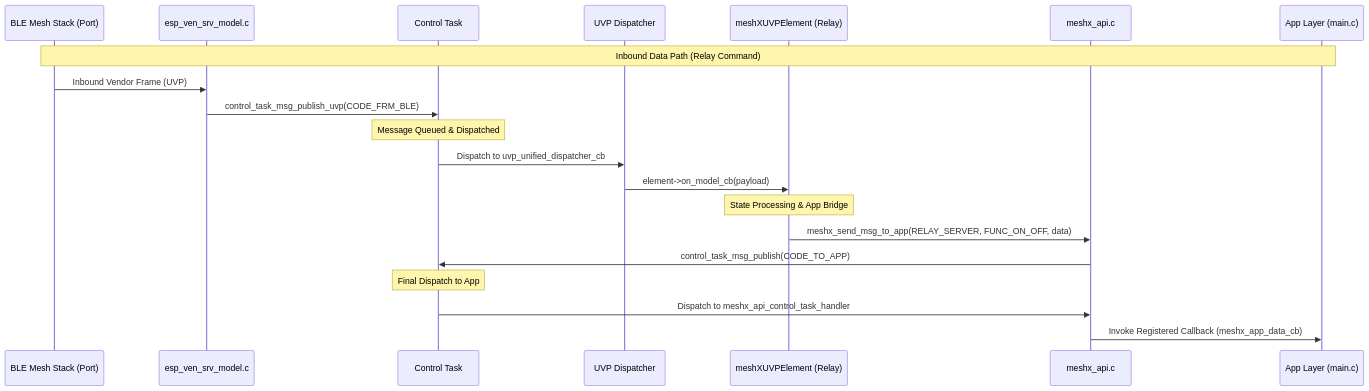
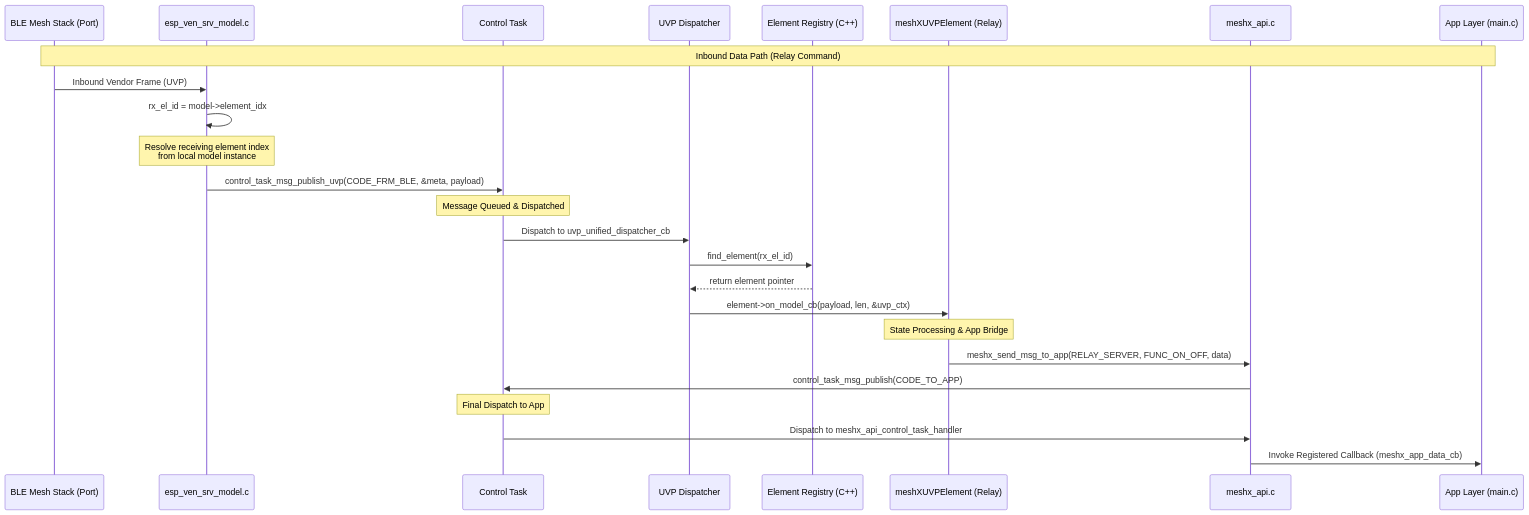
The third of 5 diagrams in docs/arch_diag/trm/01_system_overview.md (pranjalchanda08/MeshX), drawn with Mermaid before and after one commit. The commit also changed 18 other files, not shown here.

Commit message:
Implement UVP dual-response routing architecture with support for ACK and group publishing

````diff
--- a/docs/arch_diag/trm/01_system_overview.md
+++ b/docs/arch_diag/trm/01_system_overview.md
@@ -91,30 +91,35 @@
 ```mermaid
 sequenceDiagram
     participant BLE as BLE Mesh Stack (Port)
     participant Port as esp_ven_srv_model.c
     participant CT as Control Task
     participant Disp as UVP Dispatcher
+    participant REG as Element Registry (C++)
     participant El as meshXUVPElement (Relay)
     participant API as meshx_api.c
     participant App as App Layer (main.c)
 
     Note over BLE, App: Inbound Data Path (Relay Command)
 
     BLE->>Port: Inbound Vendor Frame (UVP)
-    Port->>CT: control_task_msg_publish_uvp(CODE_FRM_BLE)
+    Port->>Port: rx_el_id = model->element_idx
+    Note over Port: Resolve receiving element index<br/>from local model instance
+    Port->>CT: control_task_msg_publish_uvp(CODE_FRM_BLE, &meta, payload)
 
     Note over CT: Message Queued & Dispatched
 
     CT->>Disp: Dispatch to uvp_unified_dispatcher_cb
-    Disp->>El: element->on_model_cb(payload)
+    Disp->>REG: find_element(rx_el_id)
+    REG-->>Disp: return element pointer
+    Disp->>El: element->on_model_cb(payload, len, &uvp_ctx)
 
     Note over El: State Processing & App Bridge
 
     El->>API: meshx_send_msg_to_app(RELAY_SERVER, FUNC_ON_OFF, data)
     API->>CT: control_task_msg_publish(CODE_TO_APP)
 
     Note over CT: Final Dispatch to App
 
     CT->>API: Dispatch to meshx_api_control_task_handler
     API->>App: Invoke Registered Callback (meshx_app_data_cb)
 ```
````
